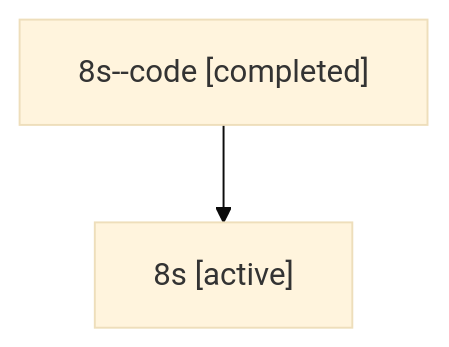
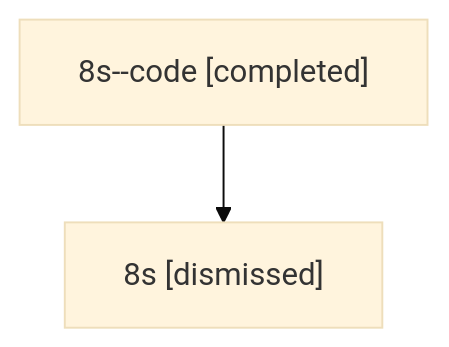
Before and after one commit to sase-org/sase--agents: the diagram in sessions/bbugyi200.athena.8s.md, drawn with Mermaid (base theme). The commit also changed other lines of this file and 16 other files, not shown here.

````diff
--- a/sessions/bbugyi200.athena.8s.md
+++ b/sessions/bbugyi200.athena.8s.md
@@ -9,6 +9,6 @@
 ```mermaid
 flowchart TD
   n0["8s--code [completed]"]
-  n1["8s [active]"]
+  n1["8s [dismissed]"]
   n0 --> n1
 ```
````
